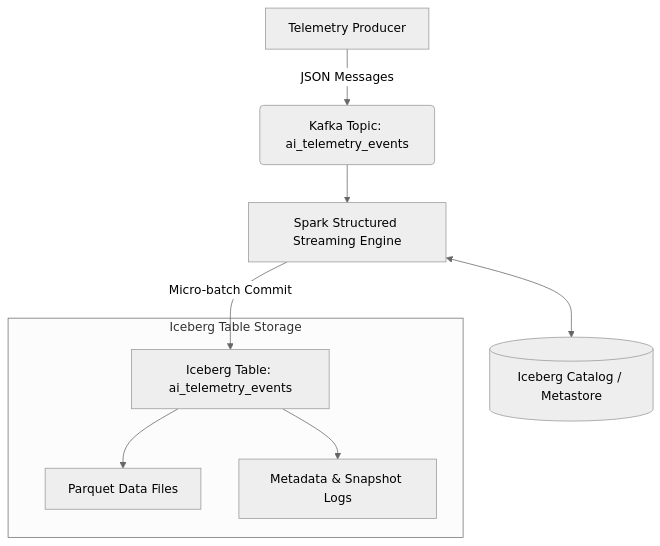
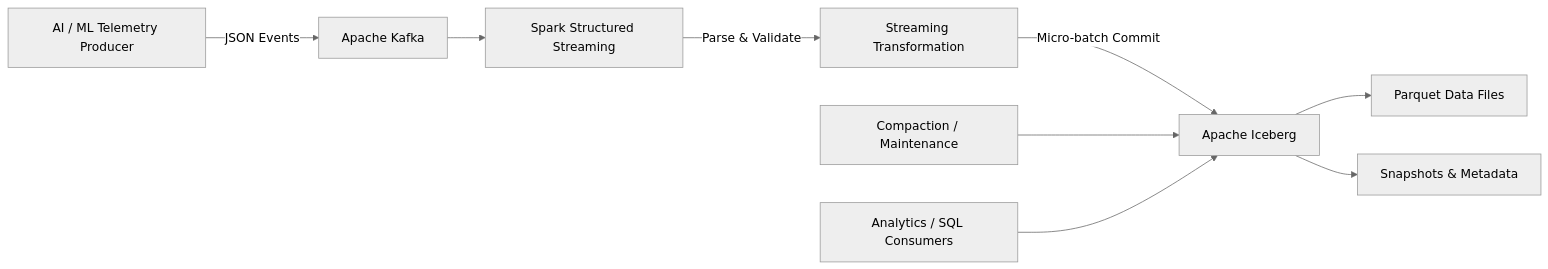
One commit to ashokraminedi/realtime-ai-telemetry-platform changed the diagram in README.md. Above: the diagram before and after it, drawn with Mermaid (neutral theme). The commit also changed other lines of this file, not shown here.

````diff
--- a/README.md
+++ b/README.md
@@ -16,12 +9,16 @@
 ```mermaid
-flowchart TD
-    A[Telemetry Producer] -->|JSON Messages| B(Kafka Topic: ai_telemetry_events)
-    B --> C[Spark Structured Streaming Engine]
-    C <--> D[(Iceberg Catalog / Metastore)]
-    C -->|Micro-batch Commit| E[Iceberg Table: ai_telemetry_events]
+flowchart LR
+    A[AI / ML Telemetry Producer]
+        -->|JSON Events| B[Apache Kafka]
 
-    subgraph Iceberg Table Storage
-        E --> F[Parquet Data Files]
-        E --> G[Metadata & Snapshot Logs]
-    end
+    B --> C[Spark Structured Streaming]
+
+    C -->|Parse & Validate| D[Streaming Transformation]
+    D -->|Micro-batch Commit| E[Apache Iceberg]
+
+    E --> F[Parquet Data Files]
+    E --> G[Snapshots & Metadata]
+
+    H[Compaction / Maintenance] --> E
+    I[Analytics / SQL Consumers] --> E
 ```
````
